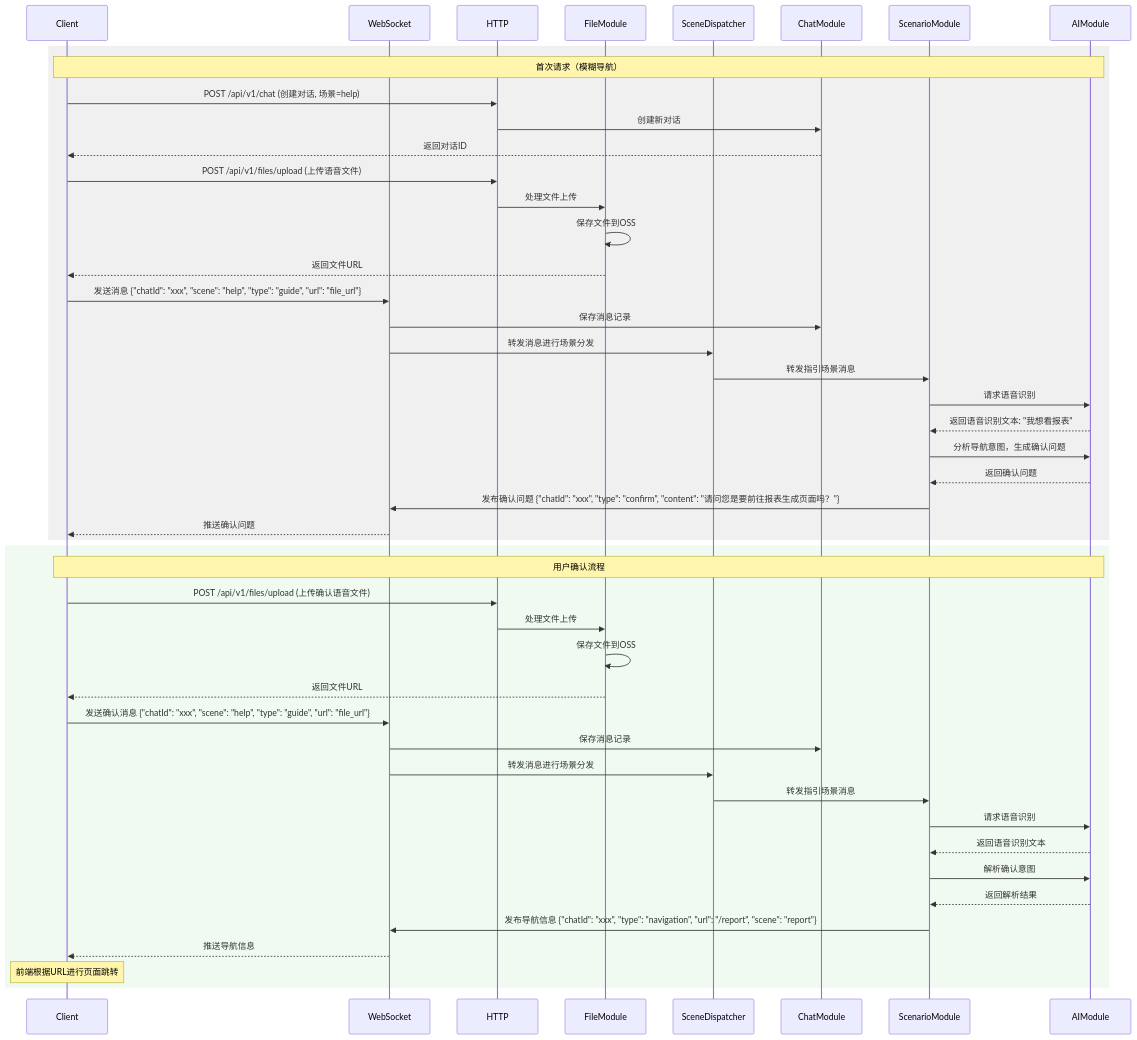
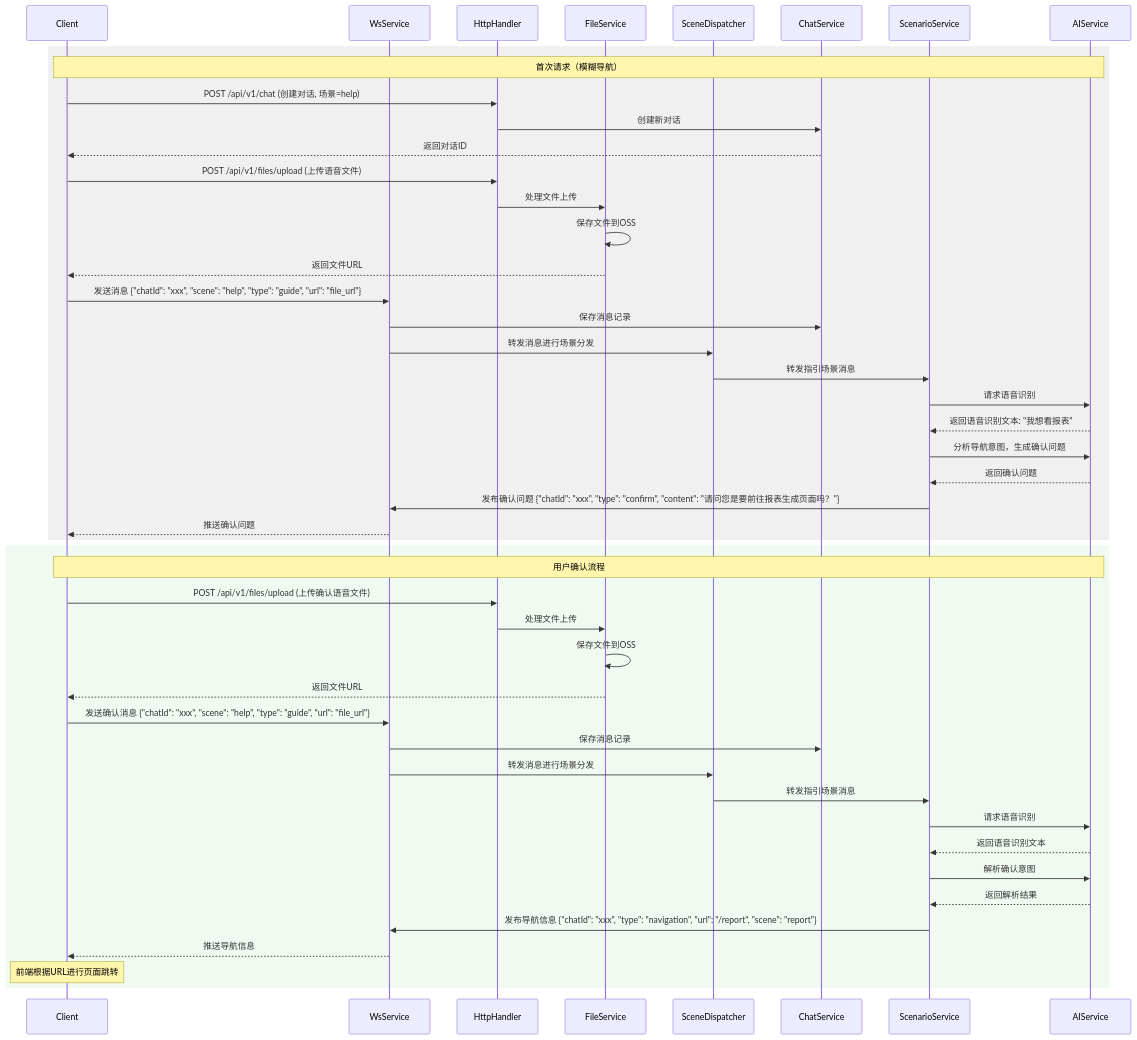
Before and after one commit to hanhzf/aiops: the second of 5 diagrams in ai-coding/output/应用软件交互时序图.md, drawn with Mermaid. The commit also changed other lines of this file and 1 other file, not shown here.

````diff
--- a/ai-coding/output/应用软件交互时序图.md
+++ b/ai-coding/output/应用软件交互时序图.md
@@ -25,60 +25,60 @@
 ```mermaid
 sequenceDiagram
     participant Client
-    participant WebSocket
-    participant HTTP
-    participant FileModule
+    participant WsService
+    participant HttpHandler
+    participant FileService
     participant SceneDispatcher
-    participant ChatModule
-    participant ScenarioModule
-    participant AIModule
+    participant ChatService
+    participant ScenarioService
+    participant AIService
 
     %% %% WebSocket连接建立（只需要建立一次）
-    %% Client->>WebSocket: 建立WebSocket连接
-    %% WebSocket-->>Client: 连接确认
+    %% Client->>WsService: 建立WebSocket连接
+    %% WsService-->>Client: 连接确认
 
     %% 第一次语音文件上传流程（首页导航请求）
     rect rgb(240, 240, 240)
-        Note over Client,AIModule: 首次请求（模糊导航）
-        Client->>HTTP: POST /api/v1/chat (创建对话, 场景=help)
-        HTTP->>ChatModule: 创建新对话
-        ChatModule-->>Client: 返回对话ID
+        Note over Client,AIService: 首次请求（模糊导航）
+        Client->>HttpHandler: POST /api/v1/chat (创建对话, 场景=help)
+        HttpHandler->>ChatService: 创建新对话
+        ChatService-->>Client: 返回对话ID
         
-        Client->>HTTP: POST /api/v1/files/upload (上传语音文件)
-        HTTP->>FileModule: 处理文件上传
-        FileModule->>FileModule: 保存文件到OSS
-        FileModule-->>Client: 返回文件URL
+        Client->>HttpHandler: POST /api/v1/files/upload (上传语音文件)
+        HttpHandler->>FileService: 处理文件上传
+        FileService->>FileService: 保存文件到OSS
+        FileService-->>Client: 返回文件URL
         
-        Client->>WebSocket: 发送消息 {"chatId": "xxx", "scene": "help", "type": "guide", "url": "file_url"}
-        WebSocket->>ChatModule: 保存消息记录
-        WebSocket->>SceneDispatcher: 转发消息进行场景分发
-        SceneDispatcher->>ScenarioModule: 转发指引场景消息
-        ScenarioModule->>AIModule: 请求语音识别
-        AIModule-->>ScenarioModule: 返回语音识别文本: "我想看报表"
-        ScenarioModule->>AIModule: 分析导航意图，生成确认问题
-        AIModule-->>ScenarioModule: 返回确认问题
-        ScenarioModule->>WebSocket: 发布确认问题 {"chatId": "xxx", "type": "confirm", "content": "请问您是要前往报表生成页面吗？"}
-        WebSocket-->>Client: 推送确认问题
+        Client->>WsService: 发送消息 {"chatId": "xxx", "scene": "help", "type": "guide", "url": "file_url"}
+        WsService->>ChatService: 保存消息记录
+        WsService->>SceneDispatcher: 转发消息进行场景分发
+        SceneDispatcher->>ScenarioService: 转发指引场景消息
+        ScenarioService->>AIService: 请求语音识别
+        AIService-->>ScenarioService: 返回语音识别文本: "我想看报表"
+        ScenarioService->>AIService: 分析导航意图，生成确认问题
+        AIService-->>ScenarioService: 返回确认问题
+        ScenarioService->>WsService: 发布确认问题 {"chatId": "xxx", "type": "confirm", "content": "请问您是要前往报表生成页面吗？"}
+        WsService-->>Client: 推送确认问题
     end
 
     %% 用户确认流程
     rect rgb(240, 250, 240)
-        Note over Client,AIModule: 用户确认流程
-        Client->>HTTP: POST /api/v1/files/upload (上传确认语音文件)
-        HTTP->>FileModule: 处理文件上传
-        FileModule->>FileModule: 保存文件到OSS
-        FileModule-->>Client: 返回文件URL
+        Note over Client,AIService: 用户确认流程
+        Client->>HttpHandler: POST /api/v1/files/upload (上传确认语音文件)
+        HttpHandler->>FileService: 处理文件上传
+        FileService->>FileService: 保存文件到OSS
+        FileService-->>Client: 返回文件URL
         
-        Client->>WebSocket: 发送确认消息 {"chatId": "xxx", "scene": "help", "type": "guide", "url": "file_url"}
-        WebSocket->>ChatModule: 保存消息记录
-        WebSocket->>SceneDispatcher: 转发消息进行场景分发
-        SceneDispatcher->>ScenarioModule: 转发指引场景消息
-        ScenarioModule->>AIModule: 请求语音识别
-        AIModule-->>ScenarioModule: 返回语音识别文本
-        ScenarioModule->>AIModule: 解析确认意图
-        AIModule-->>ScenarioModule: 返回解析结果
-        ScenarioModule->>WebSocket: 发布导航信息 {"chatId": "xxx", "type": "navigation", "url": "/report", "scene": "report"}
-        WebSocket-->>Client: 推送导航信息
+        Client->>WsService: 发送确认消息 {"chatId": "xxx", "scene": "help", "type": "guide", "url": "file_url"}
+        WsService->>ChatService: 保存消息记录
+        WsService->>SceneDispatcher: 转发消息进行场景分发
+        SceneDispatcher->>ScenarioService: 转发指引场景消息
+        ScenarioService->>AIService: 请求语音识别
+        AIService-->>ScenarioService: 返回语音识别文本
+        ScenarioService->>AIService: 解析确认意图
+        AIService-->>ScenarioService: 返回解析结果
+        ScenarioService->>WsService: 发布导航信息 {"chatId": "xxx", "type": "navigation", "url": "/report", "scene": "report"}
+        WsService-->>Client: 推送导航信息
         Note over Client: 前端根据URL进行页面跳转
     end
 ```
````
